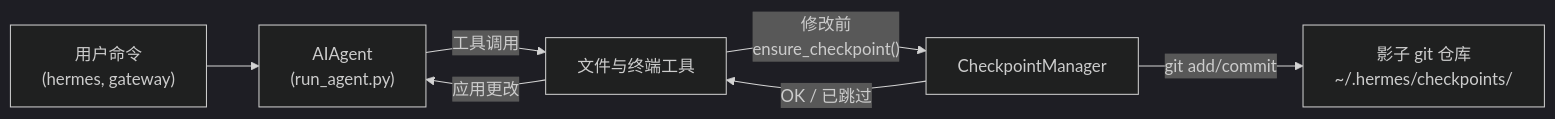
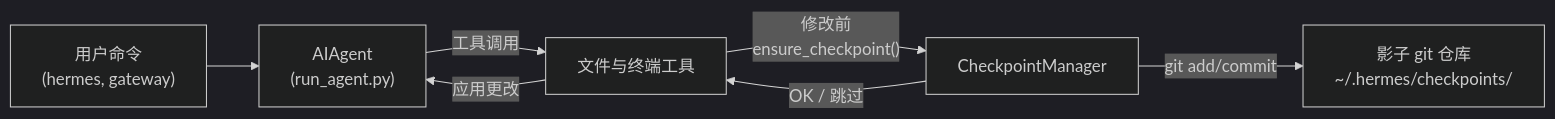
Before and after one commit to lyy0709/hermes-agent-zh: the diagram in translations/docs/user-guide/checkpoints-and-rollback.md, drawn with Mermaid (dark theme). The commit also changed other lines of this file and 20 other files, not shown here.

````diff
--- a/translations/docs/user-guide/checkpoints-and-rollback.md
+++ b/translations/docs/user-guide/checkpoints-and-rollback.md
@@ -43,15 +43,15 @@
 ```mermaid
 flowchart LR
   user["用户命令\n(hermes, gateway)"]
   agent["AIAgent\n(run_agent.py)"]
   tools["文件与终端工具"]
   cpMgr["CheckpointManager"]
   shadowRepo["影子 git 仓库\n~/.hermes/checkpoints/<hash>"]
 
   user --> agent
   agent -->|"工具调用"| tools
   tools -->|"修改前\nensure_checkpoint()"| cpMgr
   cpMgr -->|"git add/commit"| shadowRepo
-  cpMgr -->|"OK / 已跳过"| tools
+  cpMgr -->|"OK / 跳过"| tools
   tools -->|"应用更改"| agent
 ```
````
